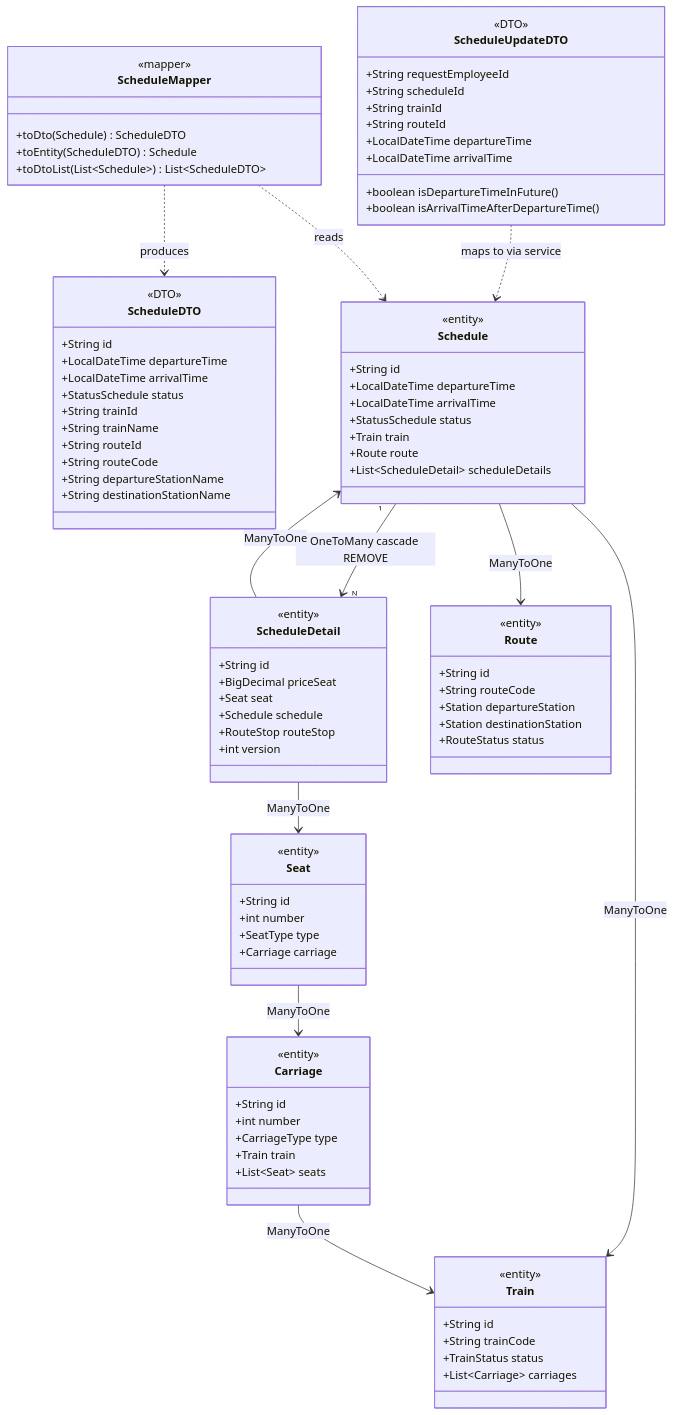
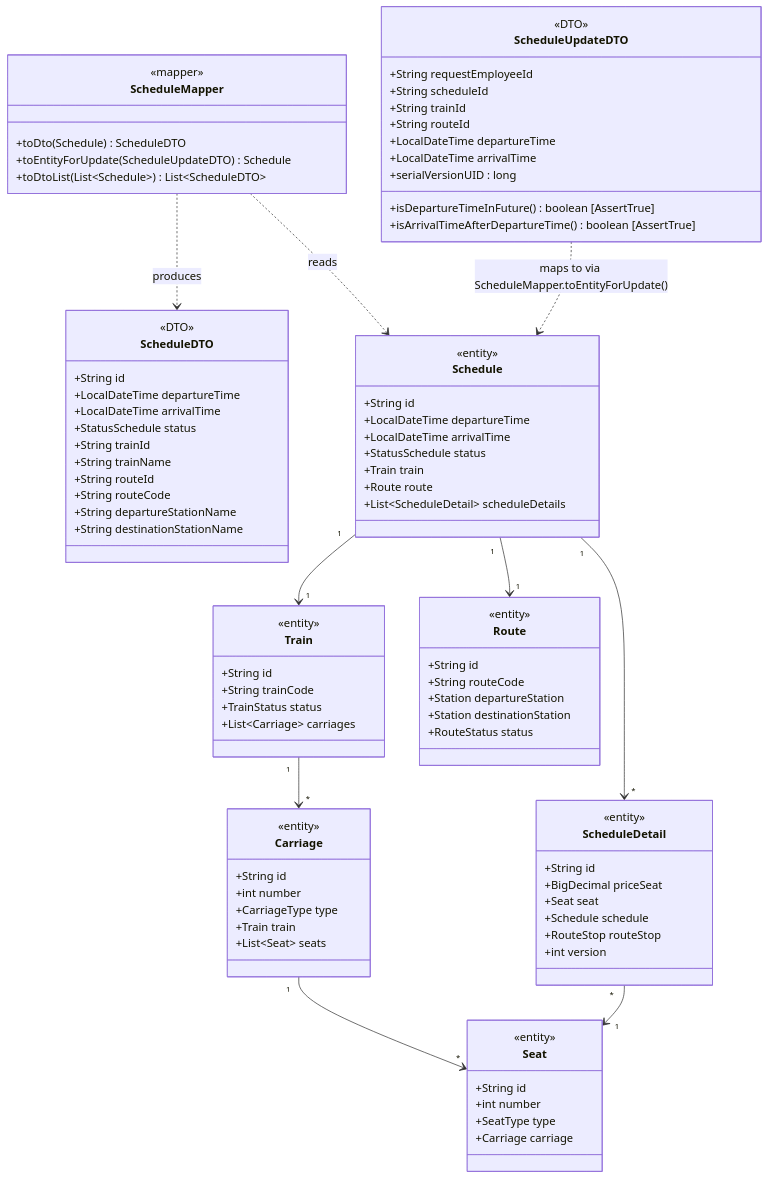
One commit to Distributed-Programing-Project/railway-reservation-system-server changed the third of 3 diagrams in docs/diagrams/sequence/uc007-sua-lich-trinh-tau.md. Above: the diagram before and after it, drawn with Mermaid. The commit also changed other lines of this file, not shown here.

Commit message:
feat: Update sequence and class diagrams for schedule management, enhancing clarity and detail

````diff
--- a/docs/diagrams/sequence/uc007-sua-lich-trinh-tau.md
+++ b/docs/diagrams/sequence/uc007-sua-lich-trinh-tau.md
@@ -179,8 +214,9 @@
         +String routeId
         +LocalDateTime departureTime
         +LocalDateTime arrivalTime
-        +boolean isDepartureTimeInFuture()
-        +boolean isArrivalTimeAfterDepartureTime()
+        +serialVersionUID : long
+        +isDepartureTimeInFuture() boolean [AssertTrue]
+        +isArrivalTimeAfterDepartureTime() boolean [AssertTrue]
     }
 
     class ScheduleDTO {
@@ -255,21 +291,17 @@
     class ScheduleMapper {
         <<mapper>>
         +toDto(Schedule) ScheduleDTO
-        +toEntity(ScheduleDTO) Schedule
+        +toEntityForUpdate(ScheduleUpdateDTO) Schedule
         +toDtoList(List~Schedule~) List~ScheduleDTO~
     }
 
-    ScheduleUpdateDTO ..> Schedule : maps to via service
+    ScheduleUpdateDTO ..> Schedule : maps to via ScheduleMapper.toEntityForUpdate()
     ScheduleMapper ..> ScheduleDTO : produces
     ScheduleMapper ..> Schedule : reads
-
-    Schedule --> Train : ManyToOne
-    Schedule --> Route : ManyToOne
-    Schedule "1" --> "N" ScheduleDetail : OneToMany cascade REMOVE
-
-    ScheduleDetail --> Seat : ManyToOne
-    ScheduleDetail --> Schedule : ManyToOne
-
-    Seat --> Carriage : ManyToOne
-    Carriage --> Train : ManyToOne
+    Schedule "1" --> "1" Train
+    Schedule "1" --> "1" Route
+    Schedule "1" --> "*" ScheduleDetail
+    ScheduleDetail "*" --> "1" Seat
+    Train "1" --> "*" Carriage
+    Carriage "1" --> "*" Seat
 ```
````
